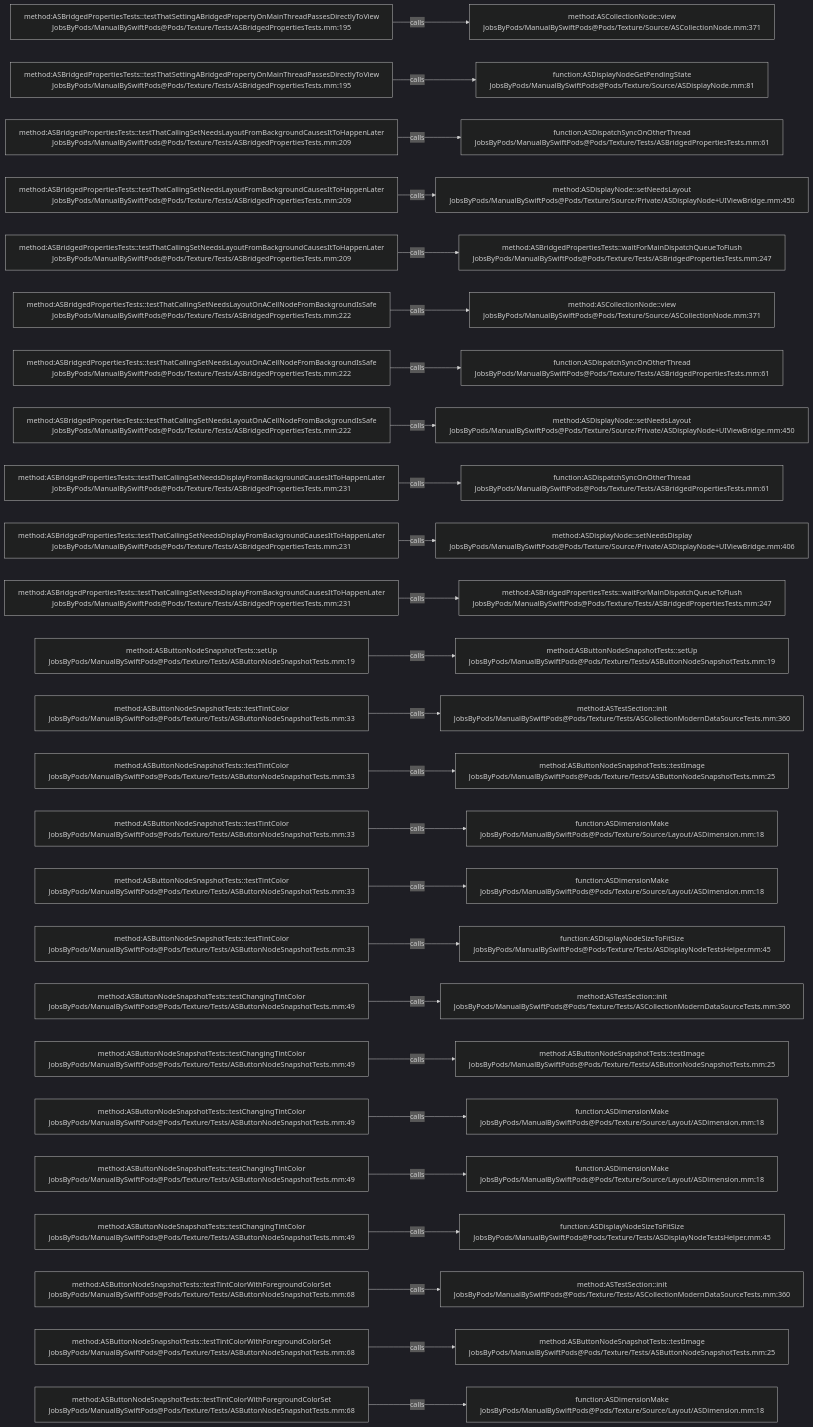
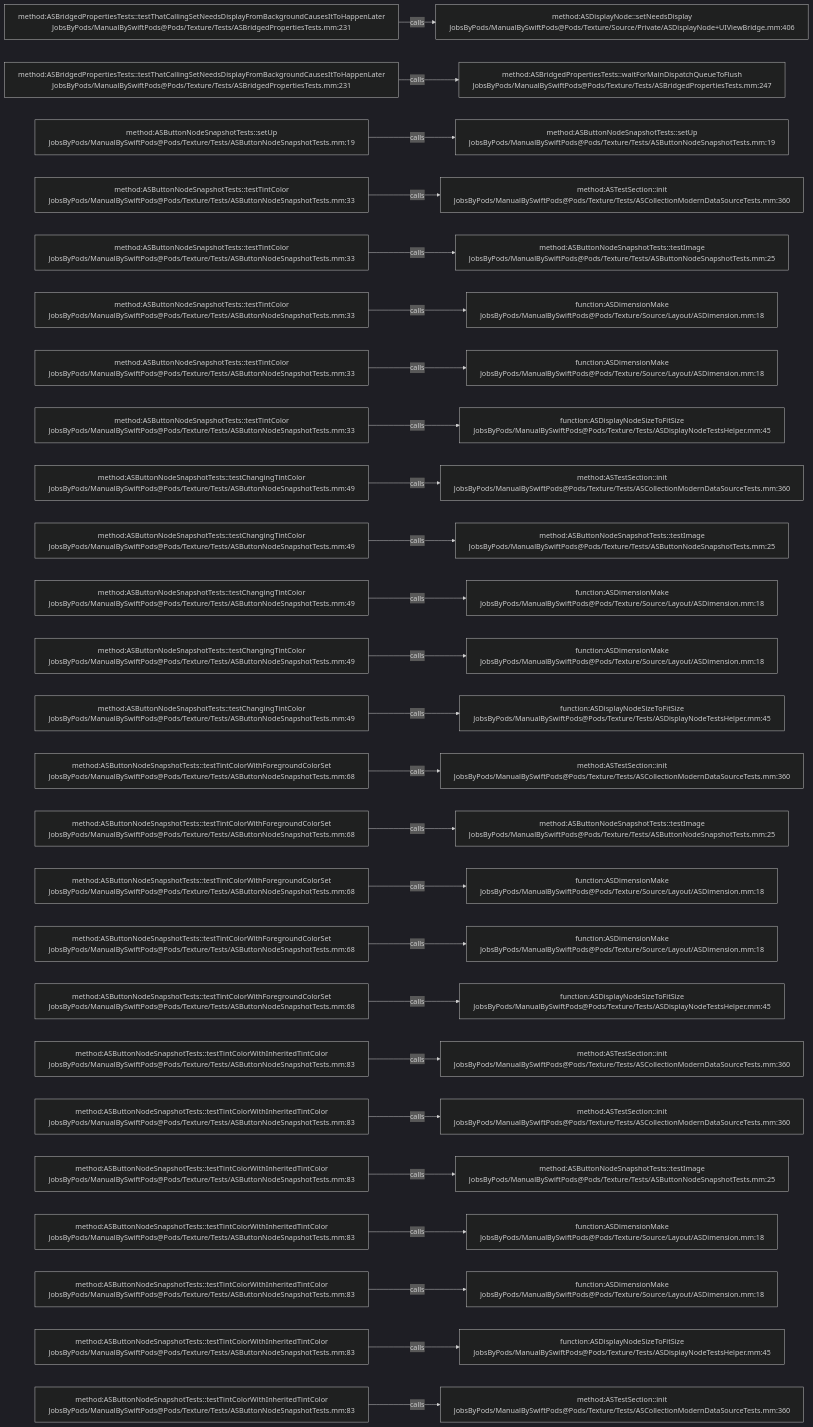
Before and after one commit to JobsKits/JobsSwiftBaseConfigDemo: the diagram in .codegraph/codegraph.md/graphs/calls-165.md, drawn with Mermaid (dark theme). The commit also changed 707 other files, not shown here.

````diff
--- a/.codegraph/codegraph.md/graphs/calls-165.md
+++ b/.codegraph/codegraph.md/graphs/calls-165.md
@@ -13,78 +13,78 @@
 ```mermaid
 flowchart LR
-  S1["method:ASBridgedPropertiesTests::testThatSettingABridgedPropertyOnMainThreadPassesDirectlyToView<br/>JobsByPods/ManualBySwiftPods@Pods/Texture/Tests/ASBridgedPropertiesTests.mm:195"]
-  T1["method:ASCollectionNode::view<br/>JobsByPods/ManualBySwiftPods@Pods/Texture/Source/ASCollectionNode.mm:371"]
+  S1["method:ASBridgedPropertiesTests::testThatCallingSetNeedsDisplayFromBackgroundCausesItToHappenLater<br/>JobsByPods/ManualBySwiftPods@Pods/Texture/Tests/ASBridgedPropertiesTests.mm:231"]
+  T1["method:ASDisplayNode::setNeedsDisplay<br/>JobsByPods/ManualBySwiftPods@Pods/Texture/Source/Private/ASDisplayNode+UIViewBridge.mm:406"]
   S1 -->|calls| T1
-  S2["method:ASBridgedPropertiesTests::testThatSettingABridgedPropertyOnMainThreadPassesDirectlyToView<br/>JobsByPods/ManualBySwiftPods@Pods/Texture/Tests/ASBridgedPropertiesTests.mm:195"]
-  T2["function:ASDisplayNodeGetPendingState<br/>JobsByPods/ManualBySwiftPods@Pods/Texture/Source/ASDisplayNode.mm:81"]
+  S2["method:ASBridgedPropertiesTests::testThatCallingSetNeedsDisplayFromBackgroundCausesItToHappenLater<br/>JobsByPods/ManualBySwiftPods@Pods/Texture/Tests/ASBridgedPropertiesTests.mm:231"]
+  T2["method:ASBridgedPropertiesTests::waitForMainDispatchQueueToFlush<br/>JobsByPods/ManualBySwiftPods@Pods/Texture/Tests/ASBridgedPropertiesTests.mm:247"]
   S2 -->|calls| T2
-  S3["method:ASBridgedPropertiesTests::testThatCallingSetNeedsLayoutFromBackgroundCausesItToHappenLater<br/>JobsByPods/ManualBySwiftPods@Pods/Texture/Tests/ASBridgedPropertiesTests.mm:209"]
-  T3["function:ASDispatchSyncOnOtherThread<br/>JobsByPods/ManualBySwiftPods@Pods/Texture/Tests/ASBridgedPropertiesTests.mm:61"]
+  S3["method:ASButtonNodeSnapshotTests::setUp<br/>JobsByPods/ManualBySwiftPods@Pods/Texture/Tests/ASButtonNodeSnapshotTests.mm:19"]
+  T3["method:ASButtonNodeSnapshotTests::setUp<br/>JobsByPods/ManualBySwiftPods@Pods/Texture/Tests/ASButtonNodeSnapshotTests.mm:19"]
   S3 -->|calls| T3
-  S4["method:ASBridgedPropertiesTests::testThatCallingSetNeedsLayoutFromBackgroundCausesItToHappenLater<br/>JobsByPods/ManualBySwiftPods@Pods/Texture/Tests/ASBridgedPropertiesTests.mm:209"]
-  T4["method:ASDisplayNode::setNeedsLayout<br/>JobsByPods/ManualBySwiftPods@Pods/Texture/Source/Private/ASDisplayNode+UIViewBridge.mm:450"]
+  S4["method:ASButtonNodeSnapshotTests::testTintColor<br/>JobsByPods/ManualBySwiftPods@Pods/Texture/Tests/ASButtonNodeSnapshotTests.mm:33"]
+  T4["method:ASTestSection::init<br/>JobsByPods/ManualBySwiftPods@Pods/Texture/Tests/ASCollectionModernDataSourceTests.mm:360"]
   S4 -->|calls| T4
-  S5["method:ASBridgedPropertiesTests::testThatCallingSetNeedsLayoutFromBackgroundCausesItToHappenLater<br/>JobsByPods/ManualBySwiftPods@Pods/Texture/Tests/ASBridgedPropertiesTests.mm:209"]
-  T5["method:ASBridgedPropertiesTests::waitForMainDispatchQueueToFlush<br/>JobsByPods/ManualBySwiftPods@Pods/Texture/Tests/ASBridgedPropertiesTests.mm:247"]
+  S5["method:ASButtonNodeSnapshotTests::testTintColor<br/>JobsByPods/ManualBySwiftPods@Pods/Texture/Tests/ASButtonNodeSnapshotTests.mm:33"]
+  T5["method:ASButtonNodeSnapshotTests::testImage<br/>JobsByPods/ManualBySwiftPods@Pods/Texture/Tests/ASButtonNodeSnapshotTests.mm:25"]
   S5 -->|calls| T5
-  S6["method:ASBridgedPropertiesTests::testThatCallingSetNeedsLayoutOnACellNodeFromBackgroundIsSafe<br/>JobsByPods/ManualBySwiftPods@Pods/Texture/Tests/ASBridgedPropertiesTests.mm:222"]
-  T6["method:ASCollectionNode::view<br/>JobsByPods/ManualBySwiftPods@Pods/Texture/Source/ASCollectionNode.mm:371"]
+  S6["method:ASButtonNodeSnapshotTests::testTintColor<br/>JobsByPods/ManualBySwiftPods@Pods/Texture/Tests/ASButtonNodeSnapshotTests.mm:33"]
+  T6["function:ASDimensionMake<br/>JobsByPods/ManualBySwiftPods@Pods/Texture/Source/Layout/ASDimension.mm:18"]
   S6 -->|calls| T6
-  S7["method:ASBridgedPropertiesTests::testThatCallingSetNeedsLayoutOnACellNodeFromBackgroundIsSafe<br/>JobsByPods/ManualBySwiftPods@Pods/Texture/Tests/ASBridgedPropertiesTests.mm:222"]
-  T7["function:ASDispatchSyncOnOtherThread<br/>JobsByPods/ManualBySwiftPods@Pods/Texture/Tests/ASBridgedPropertiesTests.mm:61"]
+  S7["method:ASButtonNodeSnapshotTests::testTintColor<br/>JobsByPods/ManualBySwiftPods@Pods/Texture/Tests/ASButtonNodeSnapshotTests.mm:33"]
+  T7["function:ASDimensionMake<br/>JobsByPods/ManualBySwiftPods@Pods/Texture/Source/Layout/ASDimension.mm:18"]
   S7 -->|calls| T7
-  S8["method:ASBridgedPropertiesTests::testThatCallingSetNeedsLayoutOnACellNodeFromBackgroundIsSafe<br/>JobsByPods/ManualBySwiftPods@Pods/Texture/Tests/ASBridgedPropertiesTests.mm:222"]
-  T8["method:ASDisplayNode::setNeedsLayout<br/>JobsByPods/ManualBySwiftPods@Pods/Texture/Source/Private/ASDisplayNode+UIViewBridge.mm:450"]
+  S8["method:ASButtonNodeSnapshotTests::testTintColor<br/>JobsByPods/ManualBySwiftPods@Pods/Texture/Tests/ASButtonNodeSnapshotTests.mm:33"]
+  T8["function:ASDisplayNodeSizeToFitSize<br/>JobsByPods/ManualBySwiftPods@Pods/Texture/Tests/ASDisplayNodeTestsHelper.mm:45"]
   S8 -->|calls| T8
-  S9["method:ASBridgedPropertiesTests::testThatCallingSetNeedsDisplayFromBackgroundCausesItToHappenLater<br/>JobsByPods/ManualBySwiftPods@Pods/Texture/Tests/ASBridgedPropertiesTests.mm:231"]
-  T9["function:ASDispatchSyncOnOtherThread<br/>JobsByPods/ManualBySwiftPods@Pods/Texture/Tests/ASBridgedPropertiesTests.mm:61"]
+  S9["method:ASButtonNodeSnapshotTests::testChangingTintColor<br/>JobsByPods/ManualBySwiftPods@Pods/Texture/Tests/ASButtonNodeSnapshotTests.mm:49"]
+  T9["method:ASTestSection::init<br/>JobsByPods/ManualBySwiftPods@Pods/Texture/Tests/ASCollectionModernDataSourceTests.mm:360"]
   S9 -->|calls| T9
-  S10["method:ASBridgedPropertiesTests::testThatCallingSetNeedsDisplayFromBackgroundCausesItToHappenLater<br/>JobsByPods/ManualBySwiftPods@Pods/Texture/Tests/ASBridgedPropertiesTests.mm:231"]
-  T10["method:ASDisplayNode::setNeedsDisplay<br/>JobsByPods/ManualBySwiftPods@Pods/Texture/Source/Private/ASDisplayNode+UIViewBridge.mm:406"]
+  S10["method:ASButtonNodeSnapshotTests::testChangingTintColor<br/>JobsByPods/ManualBySwiftPods@Pods/Texture/Tests/ASButtonNodeSnapshotTests.mm:49"]
+  T10["method:ASButtonNodeSnapshotTests::testImage<br/>JobsByPods/ManualBySwiftPods@Pods/Texture/Tests/ASButtonNodeSnapshotTests.mm:25"]
   S10 -->|calls| T10
-  S11["method:ASBridgedPropertiesTests::testThatCallingSetNeedsDisplayFromBackgroundCausesItToHappenLater<br/>JobsByPods/ManualBySwiftPods@Pods/Texture/Tests/ASBridgedPropertiesTests.mm:231"]
-  T11["method:ASBridgedPropertiesTests::waitForMainDispatchQueueToFlush<br/>JobsByPods/ManualBySwiftPods@Pods/Texture/Tests/ASBridgedPropertiesTests.mm:247"]
+  S11["method:ASButtonNodeSnapshotTests::testChangingTintColor<br/>JobsByPods/ManualBySwiftPods@Pods/Texture/Tests/ASButtonNodeSnapshotTests.mm:49"]
+  T11["function:ASDimensionMake<br/>JobsByPods/ManualBySwiftPods@Pods/Texture/Source/Layout/ASDimension.mm:18"]
   S11 -->|calls| T11
-  S12["method:ASButtonNodeSnapshotTests::setUp<br/>JobsByPods/ManualBySwiftPods@Pods/Texture/Tests/ASButtonNodeSnapshotTests.mm:19"]
-  T12["method:ASButtonNodeSnapshotTests::setUp<br/>JobsByPods/ManualBySwiftPods@Pods/Texture/Tests/ASButtonNodeSnapshotTests.mm:19"]
+  S12["method:ASButtonNodeSnapshotTests::testChangingTintColor<br/>JobsByPods/ManualBySwiftPods@Pods/Texture/Tests/ASButtonNodeSnapshotTests.mm:49"]
+  T12["function:ASDimensionMake<br/>JobsByPods/ManualBySwiftPods@Pods/Texture/Source/Layout/ASDimension.mm:18"]
   S12 -->|calls| T12
-  S13["method:ASButtonNodeSnapshotTests::testTintColor<br/>JobsByPods/ManualBySwiftPods@Pods/Texture/Tests/ASButtonNodeSnapshotTests.mm:33"]
-  T13["method:ASTestSection::init<br/>JobsByPods/ManualBySwiftPods@Pods/Texture/Tests/ASCollectionModernDataSourceTests.mm:360"]
+  S13["method:ASButtonNodeSnapshotTests::testChangingTintColor<br/>JobsByPods/ManualBySwiftPods@Pods/Texture/Tests/ASButtonNodeSnapshotTests.mm:49"]
+  T13["function:ASDisplayNodeSizeToFitSize<br/>JobsByPods/ManualBySwiftPods@Pods/Texture/Tests/ASDisplayNodeTestsHelper.mm:45"]
   S13 -->|calls| T13
-  S14["method:ASButtonNodeSnapshotTests::testTintColor<br/>JobsByPods/ManualBySwiftPods@Pods/Texture/Tests/ASButtonNodeSnapshotTests.mm:33"]
-  T14["method:ASButtonNodeSnapshotTests::testImage<br/>JobsByPods/ManualBySwiftPods@Pods/Texture/Tests/ASButtonNodeSnapshotTests.mm:25"]
+  S14["method:ASButtonNodeSnapshotTests::testTintColorWithForegroundColorSet<br/>JobsByPods/ManualBySwiftPods@Pods/Texture/Tests/ASButtonNodeSnapshotTests.mm:68"]
+  T14["method:ASTestSection::init<br/>JobsByPods/ManualBySwiftPods@Pods/Texture/Tests/ASCollectionModernDataSourceTests.mm:360"]
   S14 -->|calls| T14
-  S15["method:ASButtonNodeSnapshotTests::testTintColor<br/>JobsByPods/ManualBySwiftPods@Pods/Texture/Tests/ASButtonNodeSnapshotTests.mm:33"]
-  T15["function:ASDimensionMake<br/>JobsByPods/ManualBySwiftPods@Pods/Texture/Source/Layout/ASDimension.mm:18"]
+  S15["method:ASButtonNodeSnapshotTests::testTintColorWithForegroundColorSet<br/>JobsByPods/ManualBySwiftPods@Pods/Texture/Tests/ASButtonNodeSnapshotTests.mm:68"]
+  T15["method:ASButtonNodeSnapshotTests::testImage<br/>JobsByPods/ManualBySwiftPods@Pods/Texture/Tests/ASButtonNodeSnapshotTests.mm:25"]
   S15 -->|calls| T15
-  S16["method:ASButtonNodeSnapshotTests::testTintColor<br/>JobsByPods/ManualBySwiftPods@Pods/Texture/Tests/ASButtonNodeSnapshotTests.mm:33"]
+  S16["method:ASButtonNodeSnapshotTests::testTintColorWithForegroundColorSet<br/>JobsByPods/ManualBySwiftPods@Pods/Texture/Tests/ASButtonNodeSnapshotTests.mm:68"]
   T16["function:ASDimensionMake<br/>JobsByPods/ManualBySwiftPods@Pods/Texture/Source/Layout/ASDimension.mm:18"]
   S16 -->|calls| T16
-  S17["method:ASButtonNodeSnapshotTests::testTintColor<br/>JobsByPods/ManualBySwiftPods@Pods/Texture/Tests/ASButtonNodeSnapshotTests.mm:33"]
-  T17["function:ASDisplayNodeSizeToFitSize<br/>JobsByPods/ManualBySwiftPods@Pods/Texture/Tests/ASDisplayNodeTestsHelper.mm:45"]
+  S17["method:ASButtonNodeSnapshotTests::testTintColorWithForegroundColorSet<br/>JobsByPods/ManualBySwiftPods@Pods/Texture/Tests/ASButtonNodeSnapshotTests.mm:68"]
+  T17["function:ASDimensionMake<br/>JobsByPods/ManualBySwiftPods@Pods/Texture/Source/Layout/ASDimension.mm:18"]
   S17 -->|calls| T17
-  S18["method:ASButtonNodeSnapshotTests::testChangingTintColor<br/>JobsByPods/ManualBySwiftPods@Pods/Texture/Tests/ASButtonNodeSnapshotTests.mm:49"]
-  T18["method:ASTestSection::init<br/>JobsByPods/ManualBySwiftPods@Pods/Texture/Tests/ASCollectionModernDataSourceTests.mm:360"]
+  S18["method:ASButtonNodeSnapshotTests::testTintColorWithForegroundColorSet<br/>JobsByPods/ManualBySwiftPods@Pods/Texture/Tests/ASButtonNodeSnapshotTests.mm:68"]
+  T18["function:ASDisplayNodeSizeToFitSize<br/>JobsByPods/ManualBySwiftPods@Pods/Texture/Tests/ASDisplayNodeTestsHelper.mm:45"]
   S18 -->|calls| T18
-  S19["method:ASButtonNodeSnapshotTests::testChangingTintColor<br/>JobsByPods/ManualBySwiftPods@Pods/Texture/Tests/ASButtonNodeSnapshotTests.mm:49"]
-  T19["method:ASButtonNodeSnapshotTests::testImage<br/>JobsByPods/ManualBySwiftPods@Pods/Texture/Tests/ASButtonNodeSnapshotTests.mm:25"]
+  S19["method:ASButtonNodeSnapshotTests::testTintColorWithInheritedTintColor<br/>JobsByPods/ManualBySwiftPods@Pods/Texture/Tests/ASButtonNodeSnapshotTests.mm:83"]
+  T19["method:ASTestSection::init<br/>JobsByPods/ManualBySwiftPods@Pods/Texture/Tests/ASCollectionModernDataSourceTests.mm:360"]
   S19 -->|calls| T19
-  S20["method:ASButtonNodeSnapshotTests::testChangingTintColor<br/>JobsByPods/ManualBySwiftPods@Pods/Texture/Tests/ASButtonNodeSnapshotTests.mm:49"]
-  T20["function:ASDimensionMake<br/>JobsByPods/ManualBySwiftPods@Pods/Texture/Source/Layout/ASDimension.mm:18"]
+  S20["method:ASButtonNodeSnapshotTests::testTintColorWithInheritedTintColor<br/>JobsByPods/ManualBySwiftPods@Pods/Texture/Tests/ASButtonNodeSnapshotTests.mm:83"]
+  T20["method:ASTestSection::init<br/>JobsByPods/ManualBySwiftPods@Pods/Texture/Tests/ASCollectionModernDataSourceTests.mm:360"]
   S20 -->|calls| T20
-  S21["method:ASButtonNodeSnapshotTests::testChangingTintColor<br/>JobsByPods/ManualBySwiftPods@Pods/Texture/Tests/ASButtonNodeSnapshotTests.mm:49"]
-  T21["function:ASDimensionMake<br/>JobsByPods/ManualBySwiftPods@Pods/Texture/Source/Layout/ASDimension.mm:18"]
+  S21["method:ASButtonNodeSnapshotTests::testTintColorWithInheritedTintColor<br/>JobsByPods/ManualBySwiftPods@Pods/Texture/Tests/ASButtonNodeSnapshotTests.mm:83"]
+  T21["method:ASButtonNodeSnapshotTests::testImage<br/>JobsByPods/ManualBySwiftPods@Pods/Texture/Tests/ASButtonNodeSnapshotTests.mm:25"]
   S21 -->|calls| T21
-  S22["method:ASButtonNodeSnapshotTests::testChangingTintColor<br/>JobsByPods/ManualBySwiftPods@Pods/Texture/Tests/ASButtonNodeSnapshotTests.mm:49"]
-  T22["function:ASDisplayNodeSizeToFitSize<br/>JobsByPods/ManualBySwiftPods@Pods/Texture/Tests/ASDisplayNodeTestsHelper.mm:45"]
+  S22["method:ASButtonNodeSnapshotTests::testTintColorWithInheritedTintColor<br/>JobsByPods/ManualBySwiftPods@Pods/Texture/Tests/ASButtonNodeSnapshotTests.mm:83"]
+  T22["function:ASDimensionMake<br/>JobsByPods/ManualBySwiftPods@Pods/Texture/Source/Layout/ASDimension.mm:18"]
   S22 -->|calls| T22
-  S23["method:ASButtonNodeSnapshotTests::testTintColorWithForegroundColorSet<br/>JobsByPods/ManualBySwiftPods@Pods/Texture/Tests/ASButtonNodeSnapshotTests.mm:68"]
-  T23["method:ASTestSection::init<br/>JobsByPods/ManualBySwiftPods@Pods/Texture/Tests/ASCollectionModernDataSourceTests.mm:360"]
+  S23["method:ASButtonNodeSnapshotTests::testTintColorWithInheritedTintColor<br/>JobsByPods/ManualBySwiftPods@Pods/Texture/Tests/ASButtonNodeSnapshotTests.mm:83"]
+  T23["function:ASDimensionMake<br/>JobsByPods/ManualBySwiftPods@Pods/Texture/Source/Layout/ASDimension.mm:18"]
   S23 -->|calls| T23
-  S24["method:ASButtonNodeSnapshotTests::testTintColorWithForegroundColorSet<br/>JobsByPods/ManualBySwiftPods@Pods/Texture/Tests/ASButtonNodeSnapshotTests.mm:68"]
-  T24["method:ASButtonNodeSnapshotTests::testImage<br/>JobsByPods/ManualBySwiftPods@Pods/Texture/Tests/ASButtonNodeSnapshotTests.mm:25"]
+  S24["method:ASButtonNodeSnapshotTests::testTintColorWithInheritedTintColor<br/>JobsByPods/ManualBySwiftPods@Pods/Texture/Tests/ASButtonNodeSnapshotTests.mm:83"]
+  T24["function:ASDisplayNodeSizeToFitSize<br/>JobsByPods/ManualBySwiftPods@Pods/Texture/Tests/ASDisplayNodeTestsHelper.mm:45"]
   S24 -->|calls| T24
-  S25["method:ASButtonNodeSnapshotTests::testTintColorWithForegroundColorSet<br/>JobsByPods/ManualBySwiftPods@Pods/Texture/Tests/ASButtonNodeSnapshotTests.mm:68"]
-  T25["function:ASDimensionMake<br/>JobsByPods/ManualBySwiftPods@Pods/Texture/Source/Layout/ASDimension.mm:18"]
+  S25["method:ASButtonNodeSnapshotTests::testTintColorWithInheritedTintColor<br/>JobsByPods/ManualBySwiftPods@Pods/Texture/Tests/ASButtonNodeSnapshotTests.mm:83"]
+  T25["method:ASTestSection::init<br/>JobsByPods/ManualBySwiftPods@Pods/Texture/Tests/ASCollectionModernDataSourceTests.mm:360"]
   S25 -->|calls| T25
 ```
````
